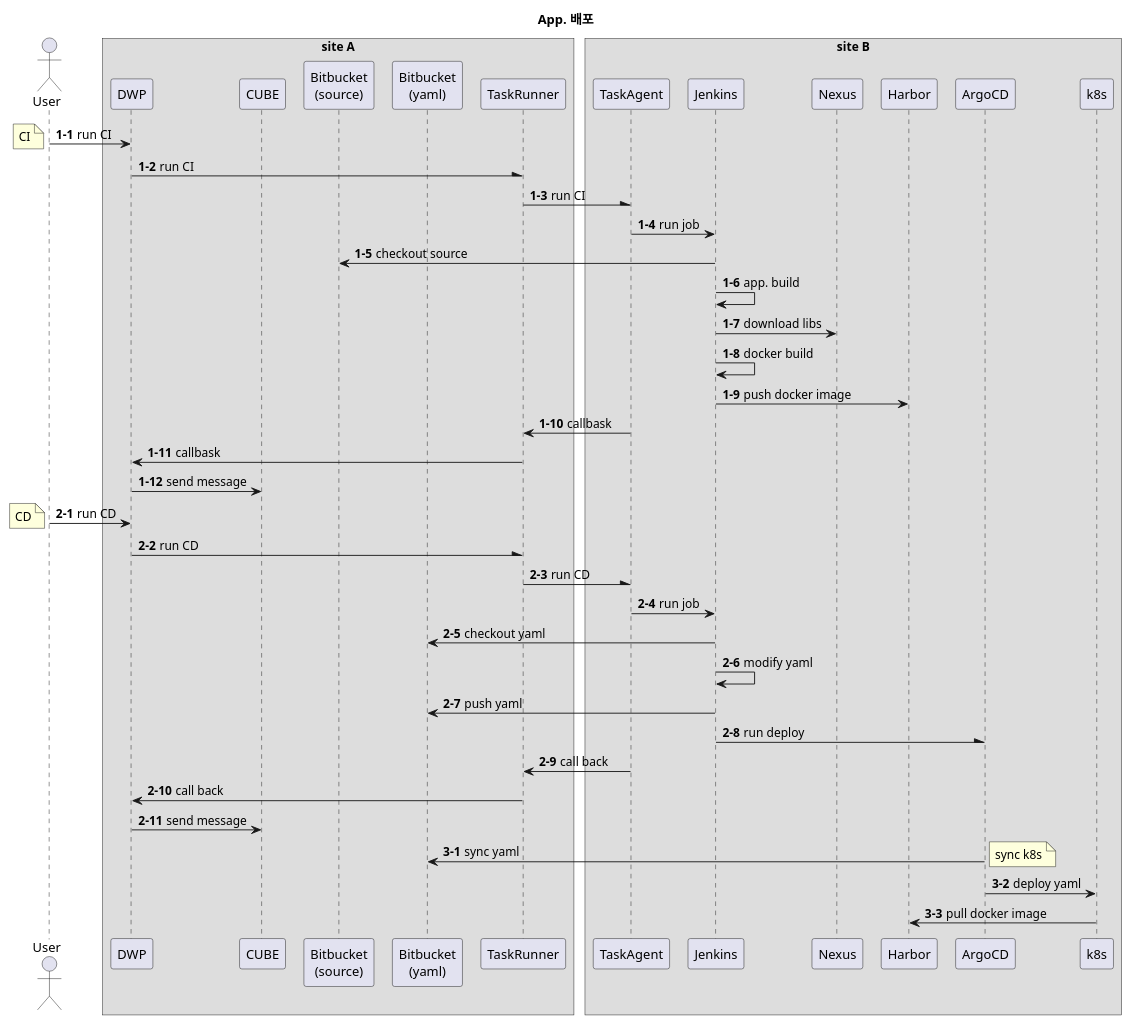
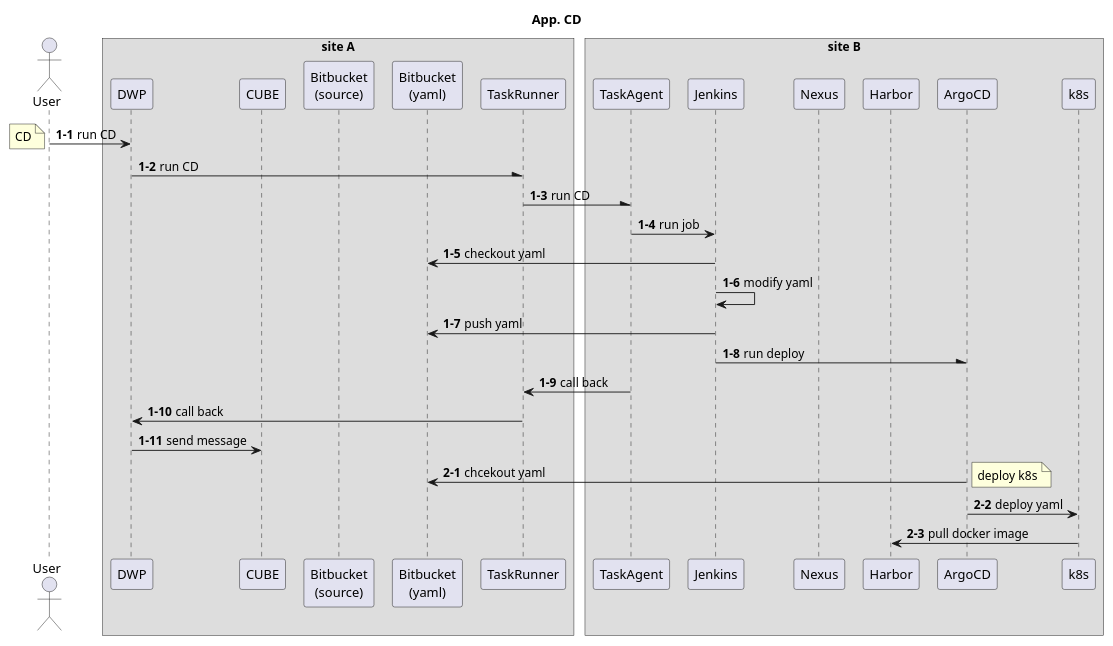
One commit to kloudbank/htdp1.github.io changed the sixth of 6 diagrams in docs/src/multi-cloud/diagram.md. Above: the diagram before and after it, drawn with PlantUML. The commit also changed other lines of this file, not shown here.

```diff
--- a/docs/src/multi-cloud/diagram.md
+++ b/docs/src/multi-cloud/diagram.md
@@ -154,60 +203,45 @@
 @startuml
 
 scale 1
 skinparam ParticipantPadding 5
 skinparam BoxPadding 5
-title "App. 배포"
+title "App. CD"
 
 actor User
 box "site A"
 participant DWP
 participant CUBE
 participant "Bitbucket\n(source)" as source
 participant "Bitbucket\n(yaml)" as yaml
 participant TaskRunner
 end box
 box "site B"
 participant TaskAgent
 participant Jenkins
 participant Nexus
 participant Harbor
 participant ArgoCD
 participant k8s
 end box
 
 autonumber 1-1
-User -> DWP : run CI
-note left : CI
-DWP -\ TaskRunner : run CI
-TaskRunner -\ TaskAgent : run CI
-TaskAgent -> Jenkins : run job
-Jenkins -> source : checkout source
-Jenkins -> Jenkins : app. build
-Jenkins -> Nexus : download libs
-Jenkins -> Jenkins : docker build
-Jenkins -> Harbor : push docker image
-TaskAgent -> TaskRunner : callbask
-TaskRunner -> DWP : callbask
-DWP -> CUBE : send message
-
-autonumber 2-1
 User -> DWP : run CD
 note left : CD
 DWP -\ TaskRunner : run CD
 TaskRunner -\ TaskAgent : run CD
 TaskAgent -> Jenkins : run job
 Jenkins -> yaml : checkout yaml
 Jenkins -> Jenkins : modify yaml
 Jenkins -> yaml : push yaml
 Jenkins -\ ArgoCD : run deploy
 TaskAgent -> TaskRunner : call back
 TaskRunner -> DWP : call back
 DWP -> CUBE : send message
 
-autonumber 3-1
-ArgoCD -> yaml : sync yaml
-note right : sync k8s
+autonumber 2-1
+ArgoCD -> yaml : chcekout yaml
+note right : deploy k8s
 ArgoCD -> k8s : deploy yaml
 k8s -> Harbor : pull docker image
 
 @enduml
```
